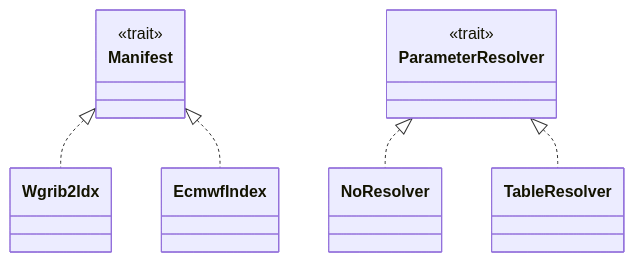
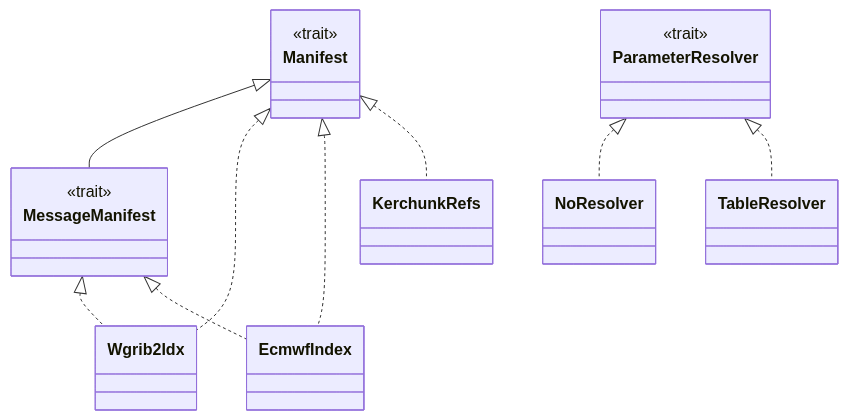
Before and after one commit to D0ubleD0uble/fieldglass: the second of 5 diagrams in docs/architecture/02-trait-seams.md, drawn with Mermaid. The commit also changed other lines of this file and 12 other files, not shown here.

````diff
--- a/docs/architecture/02-trait-seams.md
+++ b/docs/architecture/02-trait-seams.md
@@ -131,14 +144,21 @@
 ```mermaid
 classDiagram
     class Manifest {
+        <<trait>>
+    }
+    class MessageManifest {
         <<trait>>
     }
     class ParameterResolver {
         <<trait>>
     }
 
+    Manifest <|-- MessageManifest
     Manifest <|.. Wgrib2Idx
     Manifest <|.. EcmwfIndex
+    Manifest <|.. KerchunkRefs
+    MessageManifest <|.. Wgrib2Idx
+    MessageManifest <|.. EcmwfIndex
     ParameterResolver <|.. NoResolver
     ParameterResolver <|.. TableResolver
 ```
````
